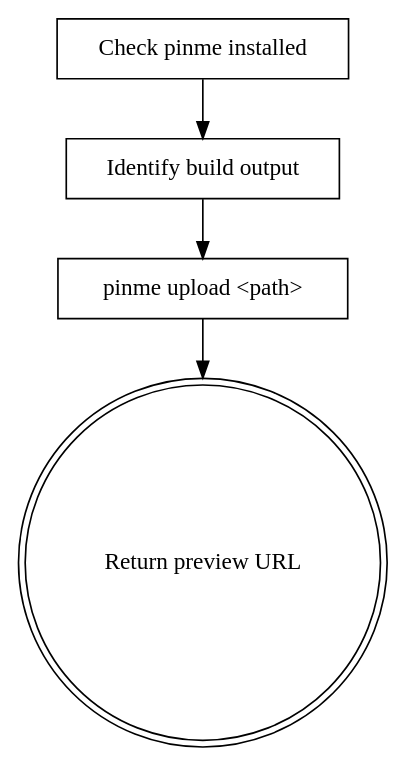
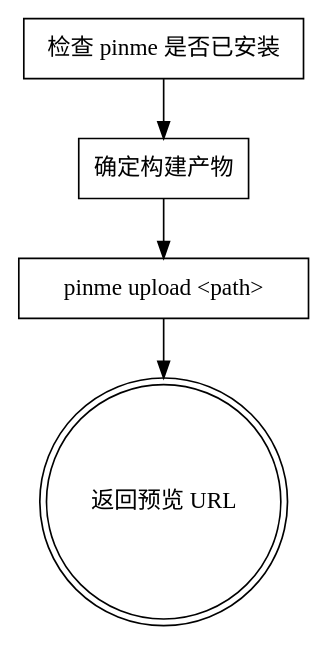
One commit to glitternetwork/pinme changed the second of 3 diagrams in skills/pinme/SKILL.md. Above: the diagram before and after it, drawn with Graphviz. The commit also changed other lines of this file, not shown here.

Commit message:
docs: translate pinme skill documentation to Chinese

````diff
--- a/skills/pinme/SKILL.md
+++ b/skills/pinme/SKILL.md
@@ -29,12 +29,12 @@
 ```dot
 digraph upload_flow {
-    "Check pinme installed" [shape=box];
-    "Identify build output" [shape=box];
+    "检查 pinme 是否已安装" [shape=box];
+    "确定构建产物" [shape=box];
     "pinme upload <path>" [shape=box];
-    "Return preview URL" [shape=doublecircle];
+    "返回预览 URL" [shape=doublecircle];
 
-    "Check pinme installed" -> "Identify build output";
-    "Identify build output" -> "pinme upload <path>";
-    "pinme upload <path>" -> "Return preview URL";
+    "检查 pinme 是否已安装" -> "确定构建产物";
+    "确定构建产物" -> "pinme upload <path>";
+    "pinme upload <path>" -> "返回预览 URL";
 }
 ```
````
